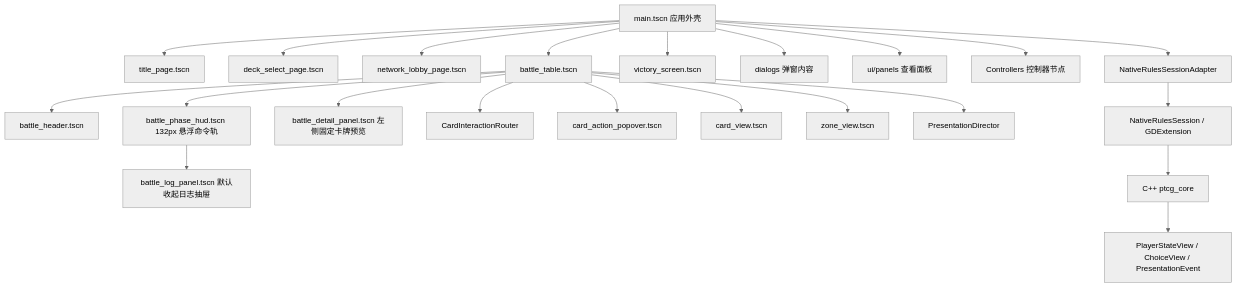
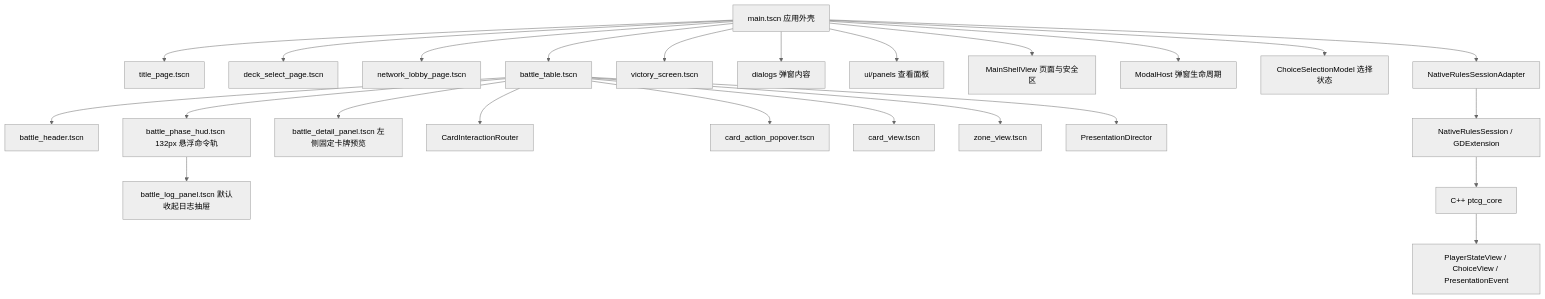
Before and after one commit to Endnight-ZHW/PokemonTCG: the first of 3 diagrams in docs/GODOT_DEVELOPMENT_GUIDE.md, drawn with Mermaid (neutral theme). The commit also changed other lines of this file and 21 other files, not shown here.

````diff
--- a/docs/GODOT_DEVELOPMENT_GUIDE.md
+++ b/docs/GODOT_DEVELOPMENT_GUIDE.md
@@ -77,24 +77,26 @@
 ```mermaid
 flowchart TD
     Main[main.tscn 应用外壳] --> Title[title_page.tscn]
     Main --> Decks[deck_select_page.tscn]
     Main --> Network[network_lobby_page.tscn]
     Main --> Battle[battle_table.tscn]
     Main --> Victory[victory_screen.tscn]
     Main --> Dialogs[dialogs 弹窗内容]
     Main --> Panels[ui/panels 查看面板]
-    Main --> Controllers[Controllers 控制器节点]
+    Main --> Shell[MainShellView 页面与安全区]
+    Main --> Modal[ModalHost 弹窗生命周期]
+    Main --> ChoiceModel[ChoiceSelectionModel 选择状态]
     Battle --> Header[battle_header.tscn]
     Battle --> HUD[battle_phase_hud.tscn 132px 悬浮命令轨]
     HUD --> Log[battle_log_panel.tscn 默认收起日志抽屉]
     Battle --> Detail[battle_detail_panel.tscn 左侧固定卡牌预览]
     Battle --> Router[CardInteractionRouter]
     Battle --> Popover[card_action_popover.tscn]
     Battle --> Card[card_view.tscn]
     Battle --> Zone[zone_view.tscn]
     Battle --> Presentation[PresentationDirector]
     Main --> Adapter[NativeRulesSessionAdapter]
     Adapter --> Extension[NativeRulesSession / GDExtension]
     Extension --> Core[C++ ptcg_core]
     Core --> Views[PlayerStateView / ChoiceView / PresentationEvent]
 ```
````
